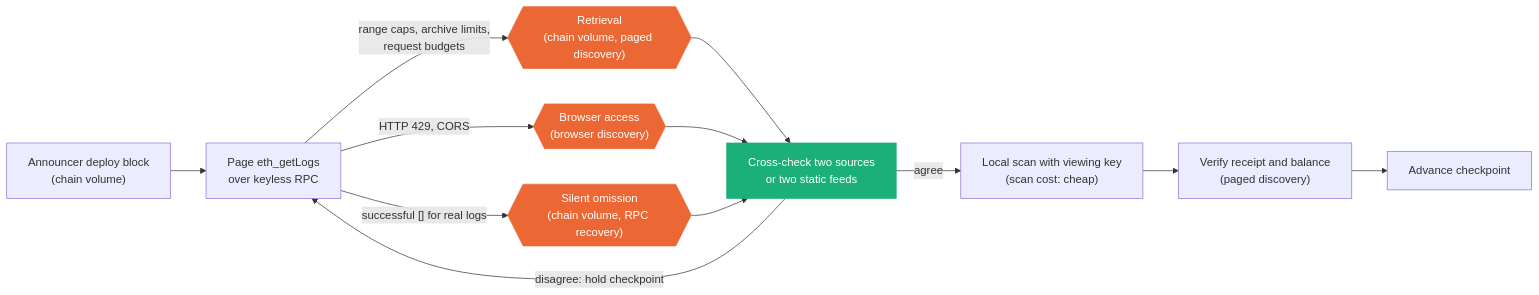
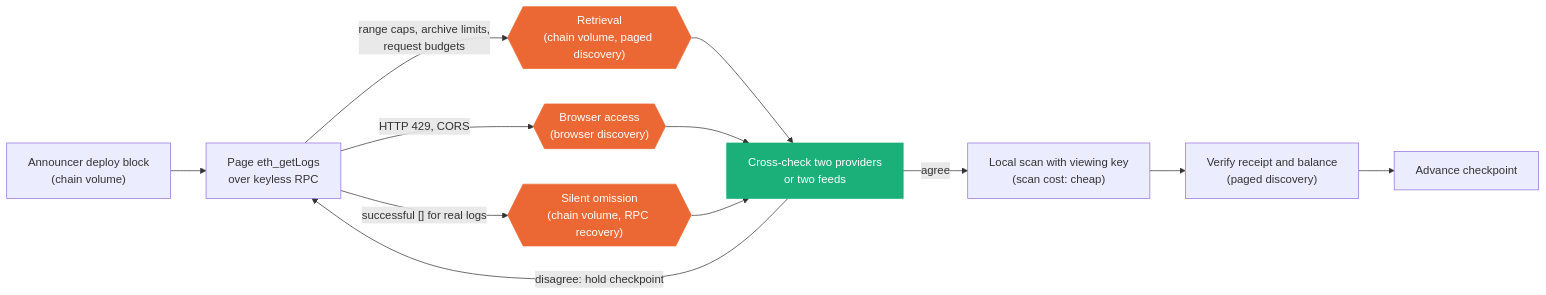
The diagram in METHODS.md (xochi-fi/erc5564-scan-benchmark), drawn with Mermaid before and after one commit. The commit also changed other lines of this file and 8 other files, not shown here.

````diff
--- a/METHODS.md
+++ b/METHODS.md
@@ -13,18 +27,18 @@
 ```mermaid
 flowchart LR
   deploy["Announcer deploy block<br/>(chain volume)"] --> page["Page eth_getLogs<br/>over keyless RPC"]
   page -->|"range caps, archive limits,<br/>request budgets"| retrieval{{"Retrieval<br/>(chain volume, paged discovery)"}}
   page -->|"HTTP 429, CORS"| browser{{"Browser access<br/>(browser discovery)"}}
   page -->|"successful [] for real logs"| silent{{"Silent omission<br/>(chain volume, RPC recovery)"}}
-  retrieval --> check["Cross-check two sources<br/>or two static feeds"]
+  retrieval --> check["Cross-check two providers<br/>or two feeds"]
   browser --> check
   silent --> check
   check -->|"disagree: hold checkpoint"| page
   check -->|"agree"| scan["Local scan with viewing key<br/>(scan cost: cheap)"]
   scan --> verify["Verify receipt and balance<br/>(paged discovery)"]
   verify --> cursor["Advance checkpoint"]
   classDef fail fill:#eb6834,stroke:#eb6834,color:#ffffff
   classDef fix fill:#1baf7a,stroke:#1baf7a,color:#ffffff
   class retrieval,browser,silent fail
   class check fix
 ```
````
